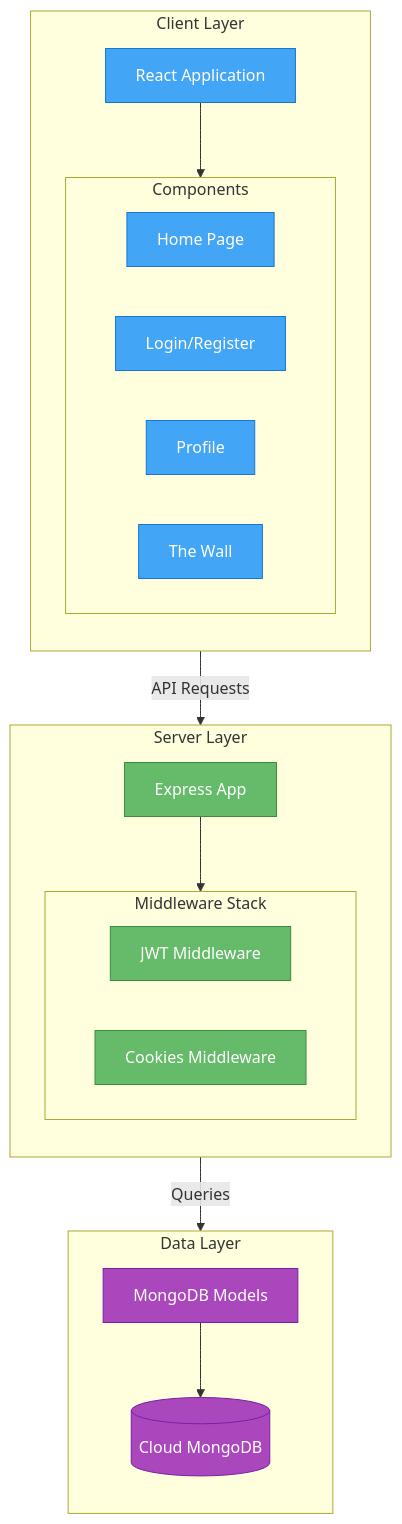
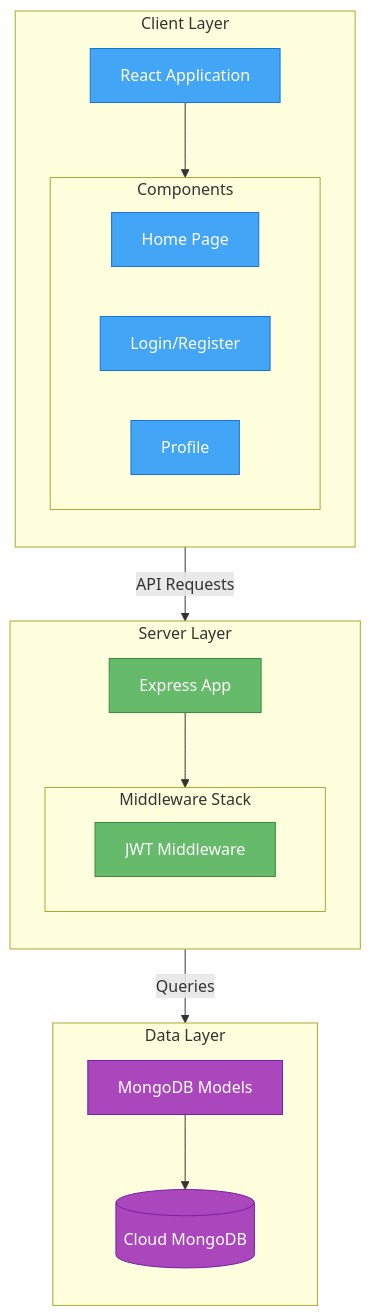
The diagram in Diagram.md (umassdgithub/MERN-Example-01), drawn with Mermaid before and after one commit.

````diff
--- a/Diagram.md
+++ b/Diagram.md
@@ -1,46 +1,44 @@
 ```mermaid
 flowchart TD
     %% Styling
     classDef client fill:#42A5F5,color:#fff,stroke:#1976D2
     classDef server fill:#66BB6A,color:#fff,stroke:#388E3C
     classDef database fill:#AB47BC,color:#fff,stroke:#7B1FA2
     
     subgraph Client["Client Layer"]
         direction TB
         React[React Application]:::client
         
         subgraph Components["Components"]
             direction LR
             Home[Home Page]:::client
             Auth[Login/Register]:::client
             Profile[Profile]:::client
-            Wall[The Wall]:::client
         end
         
         React --> Components
     end
     
     subgraph Server["Server Layer"]
         direction TB
         Express[Express App]:::server
         
         subgraph Middleware["Middleware Stack"]
             direction LR
             JWT[JWT Middleware]:::server
-            Cookie[Cookies Middleware]:::server
         end
         
         Express --> Middleware
     end
     
     subgraph Data["Data Layer"]
         direction TB
         Models[MongoDB Models]:::database
         DB[(Cloud MongoDB)]:::database
         Models --> DB
     end
     
     %% Connections
     Components -->|API Requests| Express
     Express -->|Queries| Models
 ```
````
